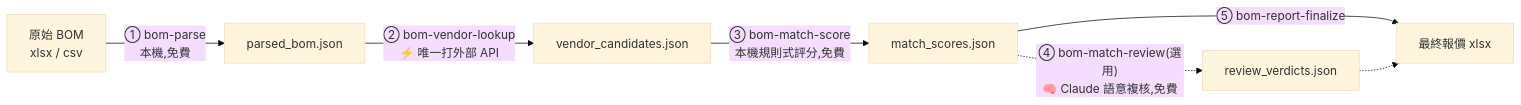
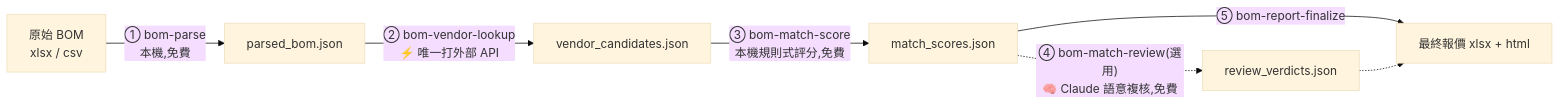
The diagram in README.md (Js0126/Bom-Mouser), drawn with Mermaid (base theme) before and after one commit. The commit also changed 2 other files, not shown here.

Commit message:
更新 README/ARCHITECTURE 與 bom-report-finalize skill 說明

````diff
--- a/README.md
+++ b/README.md
@@ -8,9 +8,9 @@
 ```mermaid
 flowchart LR
     A["原始 BOM<br/>xlsx / csv"] -->|"① bom-parse<br/>本機,免費"| B["parsed_bom.json"]
     B -->|"② bom-vendor-lookup<br/>⚡ 唯一打外部 API"| C["vendor_candidates.json"]
     C -->|"③ bom-match-score<br/>本機規則式評分,免費"| D["match_scores.json"]
     D -.->|"④ bom-match-review(選用)<br/>🧠 Claude 語意複核,免費"| E["review_verdicts.json"]
-    D -->|"⑤ bom-report-finalize"| F["最終報價 xlsx"]
+    D -->|"⑤ bom-report-finalize"| F["最終報價 xlsx + html"]
     E -.-> F
 ```
````
